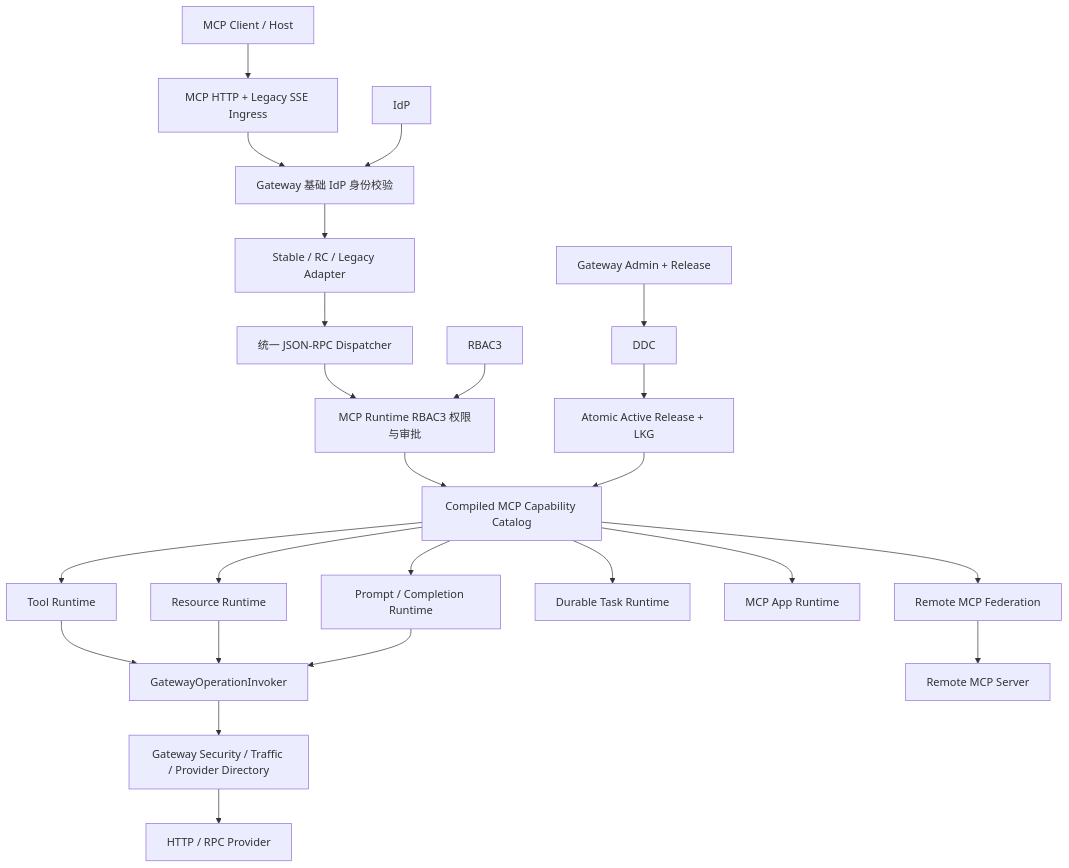
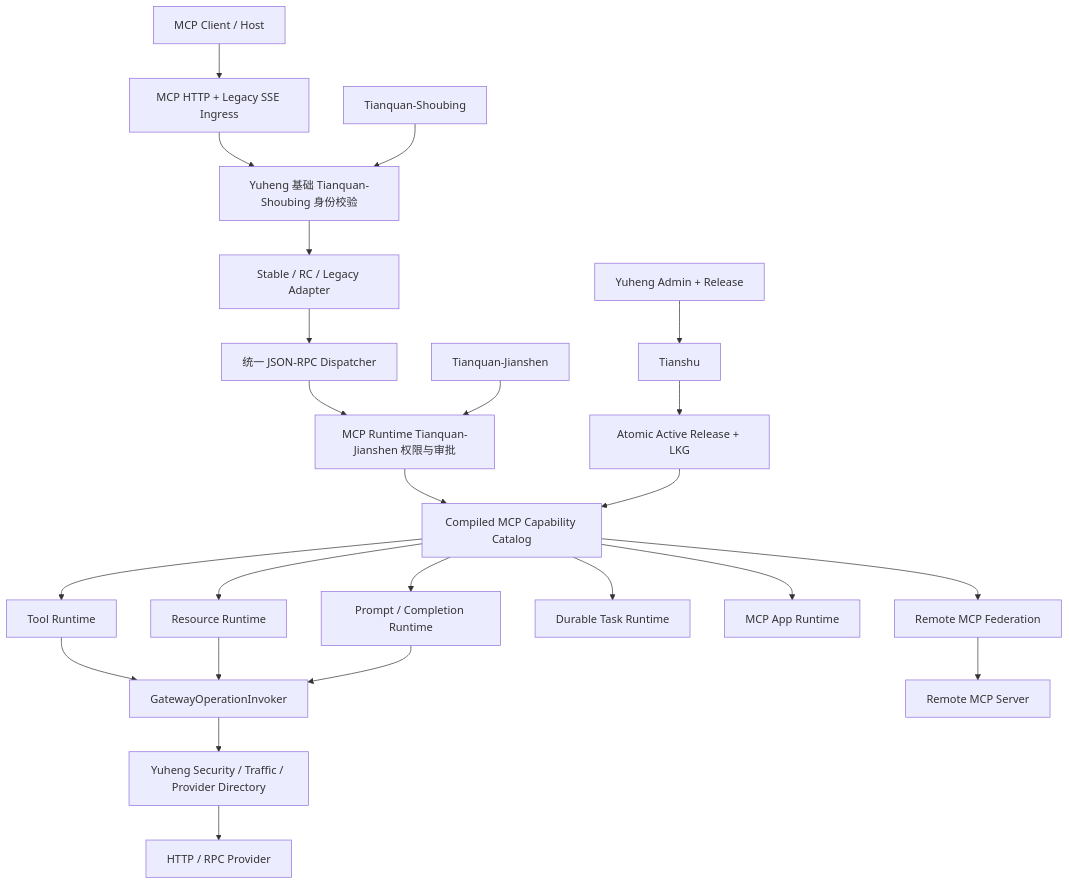
Before and after one commit to AllenDEricDAlexander/Egon-COLA: the diagram in docs/superpowers/specs/2026-08-02-gateway-complete-mcp-design.md, drawn with Mermaid. The commit also changed other lines of this file and 233 other files, not shown here.

````diff
--- a/docs/superpowers/specs/2026-08-02-gateway-complete-mcp-design.md
+++ b/docs/superpowers/specs/2026-08-02-gateway-complete-mcp-design.md
@@ -157,26 +157,26 @@
 ```mermaid
 flowchart TB
     Client["MCP Client / Host"] --> Ingress["MCP HTTP + Legacy SSE Ingress"]
-    Ingress --> Identity["Gateway 基础 IdP 身份校验"]
+    Ingress --> Identity["Yuheng 基础 Tianquan-Shoubing 身份校验"]
     Identity --> Dialect["Stable / RC / Legacy Adapter"]
     Dialect --> Dispatcher["统一 JSON-RPC Dispatcher"]
-    Dispatcher --> McpAuth["MCP Runtime RBAC3 权限与审批"]
+    Dispatcher --> McpAuth["MCP Runtime Tianquan-Jianshen 权限与审批"]
     McpAuth --> Catalog["Compiled MCP Capability Catalog"]
     Catalog --> Tool["Tool Runtime"]
     Catalog --> Resource["Resource Runtime"]
     Catalog --> Prompt["Prompt / Completion Runtime"]
     Catalog --> Task["Durable Task Runtime"]
     Catalog --> App["MCP App Runtime"]
     Catalog --> Remote["Remote MCP Federation"]
     Tool --> Invoker["GatewayOperationInvoker"]
     Resource --> Invoker
     Prompt --> Invoker
-    Invoker --> Governance["Gateway Security / Traffic / Provider Directory"]
+    Invoker --> Governance["Yuheng Security / Traffic / Provider Directory"]
     Governance --> Provider["HTTP / RPC Provider"]
     Remote --> RemoteServer["Remote MCP Server"]
-    Release["Gateway Admin + Release"] --> DDC["DDC"]
-    DDC --> Active["Atomic Active Release + LKG"]
+    Release["Yuheng Admin + Release"] --> Tianshu["Tianshu"]
+    Tianshu --> Active["Atomic Active Release + LKG"]
     Active --> Catalog
-    IdP["IdP"] --> Identity
-    RBAC3["RBAC3"] --> McpAuth
+    Tianquan-Shoubing["Tianquan-Shoubing"] --> Identity
+    Tianquan-Jianshen["Tianquan-Jianshen"] --> McpAuth
 ```
````
